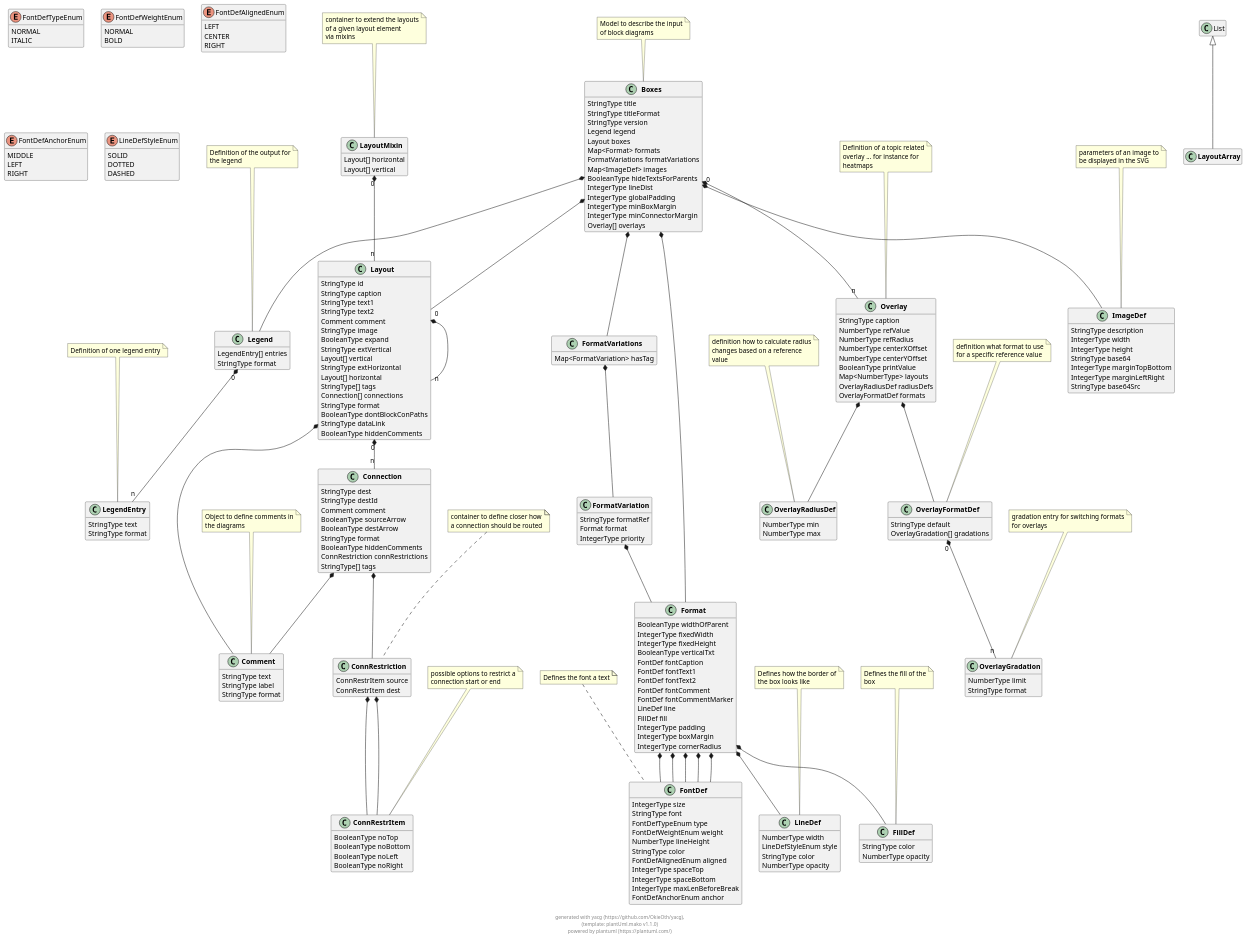
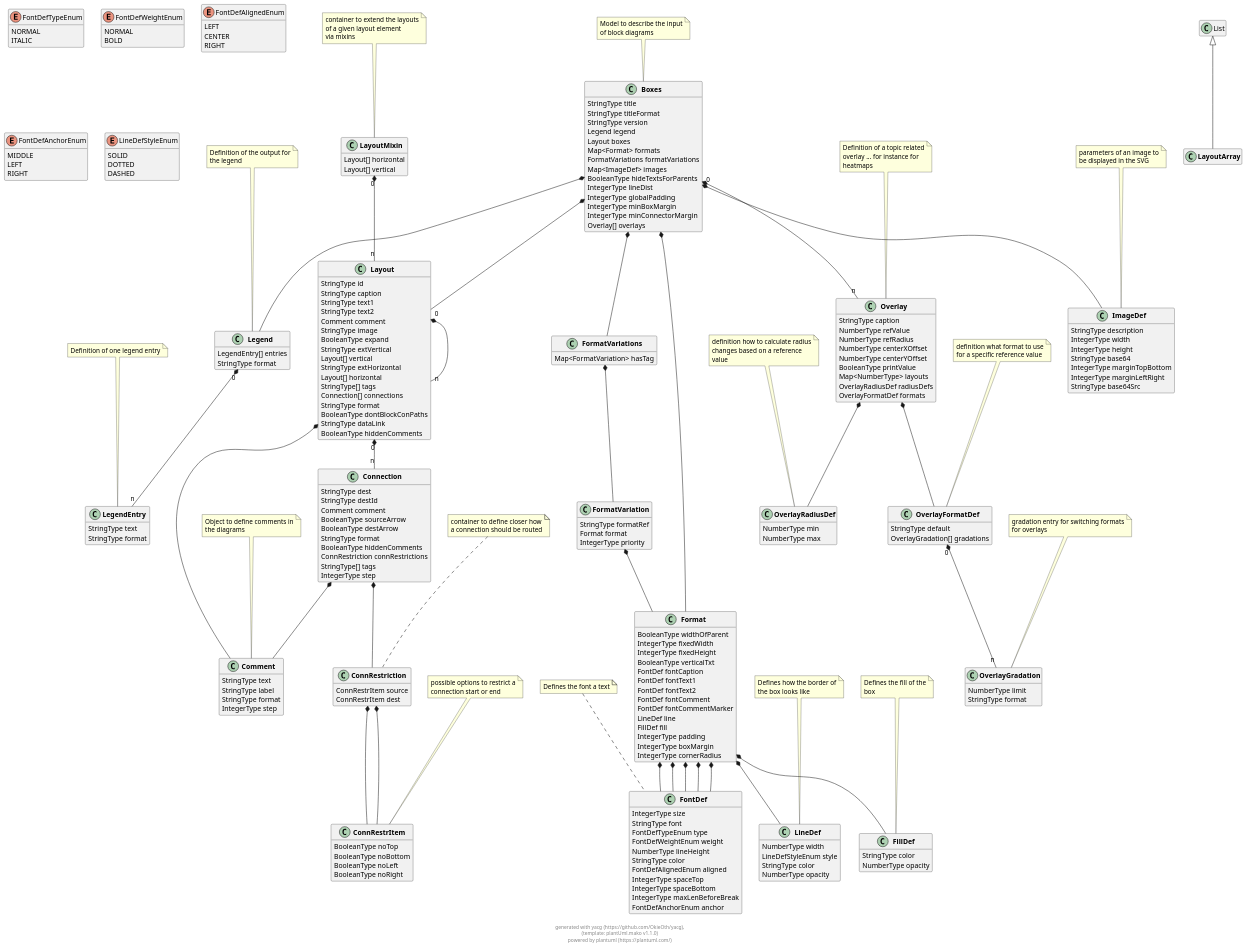
One commit to OkieOth/boxes changed the diagram in docs/models/puml/boxes.puml. Above: the diagram before and after it, drawn with PlantUML. The commit also changed 16 other files, not shown here.

```diff
--- a/docs/models/puml/boxes.puml
+++ b/docs/models/puml/boxes.puml
@@ -117,6 +117,7 @@
         BooleanType hiddenComments
         ConnRestriction connRestrictions
         StringType[] tags
+        IntegerType step
 }
 
  
@@ -243,6 +244,7 @@
         StringType text
         StringType label
         StringType format
+        IntegerType step
 }
 note top: Object to define comments in\nthe diagrams
 
@@ -368,6 +370,7 @@
 Connection  *--  ConnRestriction
 
 
+
     
 LayoutMixin "0" *-- "n" Layout
 
@@ -426,6 +429,7 @@
 
 
 
+
     
 ConnRestriction  *--  ConnRestrItem
 
```
